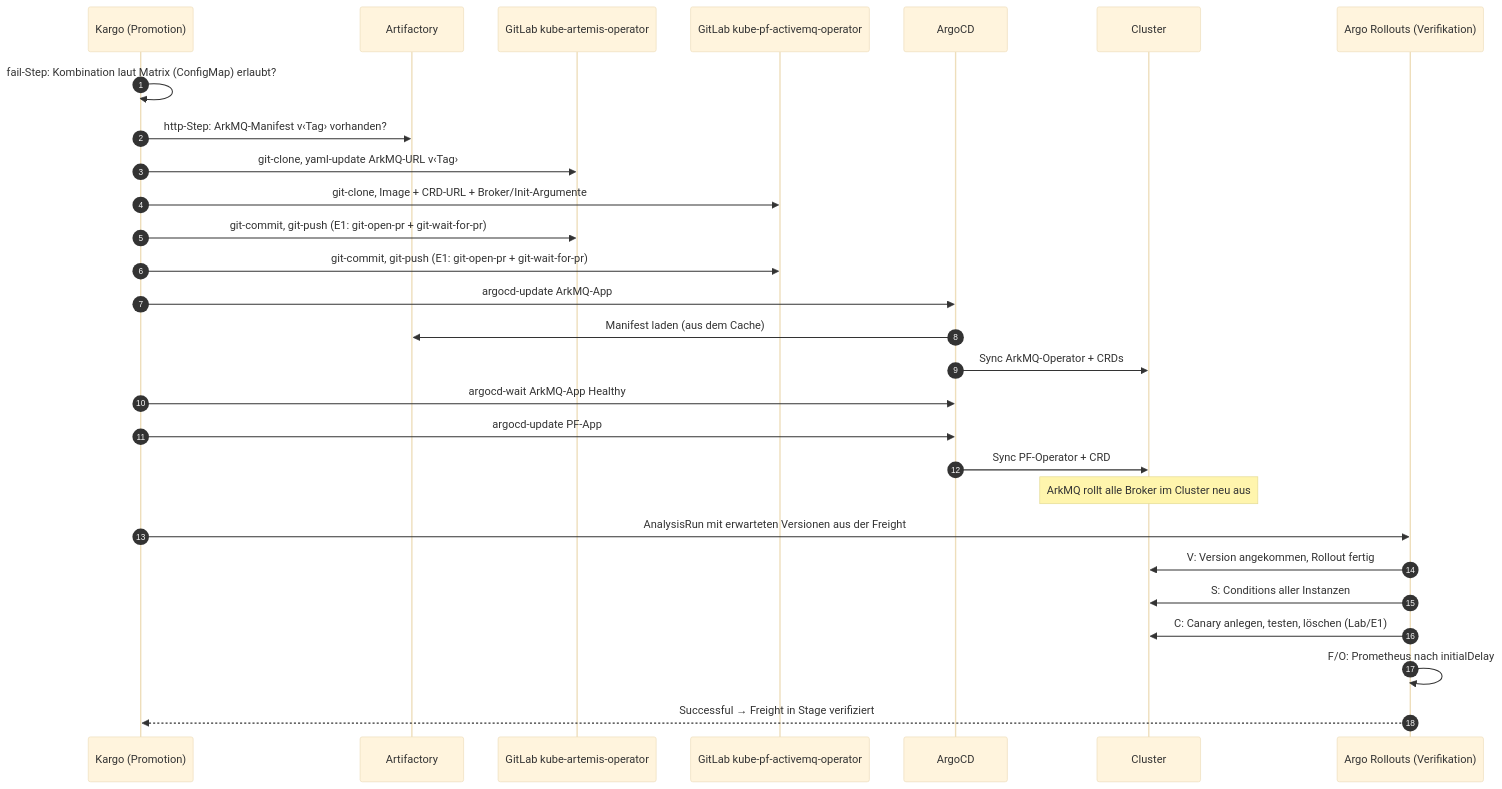
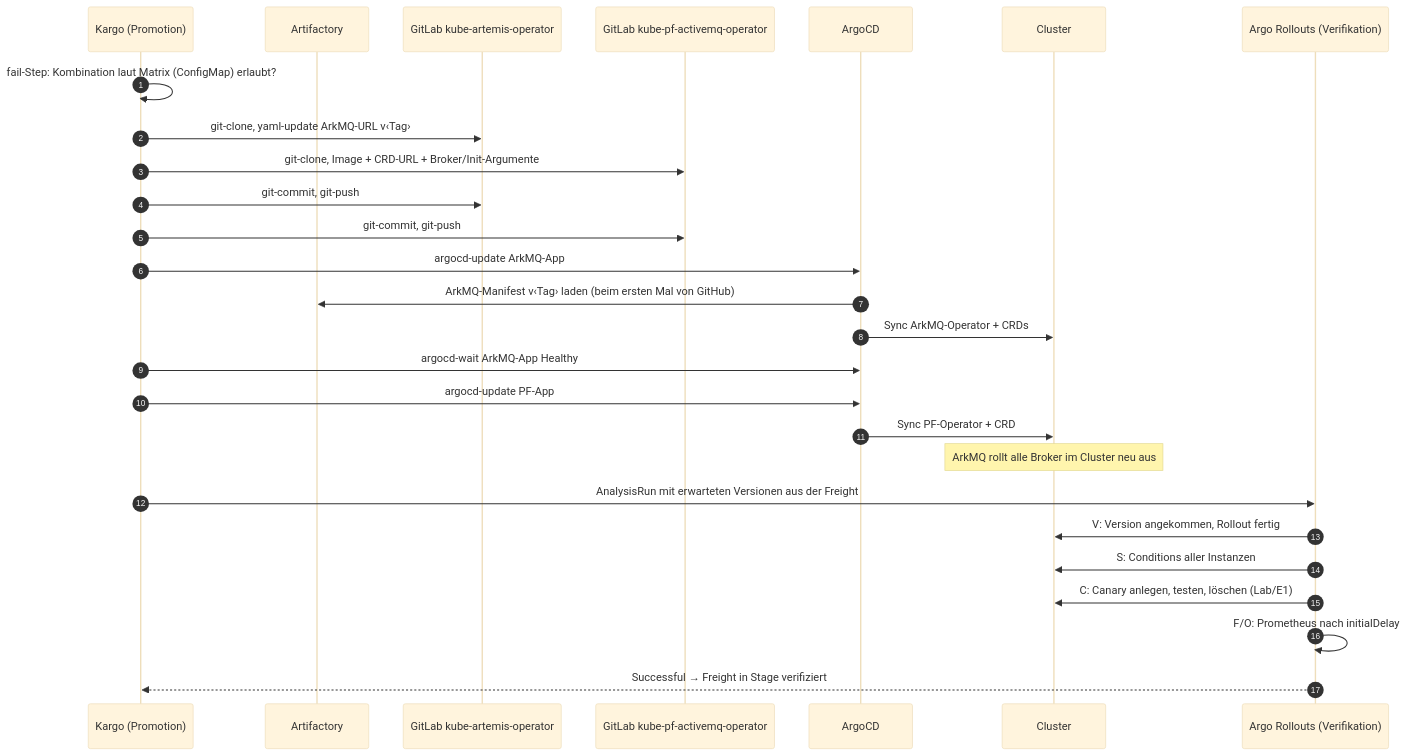
The fifth of 5 diagrams in VERSIONEN.md (eliboost/mqp-ipa), drawn with Mermaid (base theme) before and after one commit. The commit also changed other lines of this file and 3 other files, not shown here.

````diff
--- a/VERSIONEN.md
+++ b/VERSIONEN.md
@@ -298,31 +410,30 @@
 ```mermaid
 sequenceDiagram
   autonumber
   participant K as Kargo (Promotion)
   participant AF as Artifactory
   participant G1 as GitLab kube-artemis-operator
   participant G2 as GitLab kube-pf-activemq-operator
   participant A as ArgoCD
   participant C as Cluster
   participant R as Argo Rollouts (Verifikation)
 
   K->>K: fail-Step: Kombination laut Matrix (ConfigMap) erlaubt?
-  K->>AF: http-Step: ArkMQ-Manifest v‹Tag› vorhanden?
   K->>G1: git-clone, yaml-update ArkMQ-URL v‹Tag›
   K->>G2: git-clone, Image + CRD-URL + Broker/Init-Argumente
-  K->>G1: git-commit, git-push (E1: git-open-pr + git-wait-for-pr)
-  K->>G2: git-commit, git-push (E1: git-open-pr + git-wait-for-pr)
+  K->>G1: git-commit, git-push
+  K->>G2: git-commit, git-push
   K->>A: argocd-update ArkMQ-App
-  A->>AF: Manifest laden (aus dem Cache)
+  A->>AF: ArkMQ-Manifest v‹Tag› laden (beim ersten Mal von GitHub)
   A->>C: Sync ArkMQ-Operator + CRDs
   K->>A: argocd-wait ArkMQ-App Healthy
   K->>A: argocd-update PF-App
   A->>C: Sync PF-Operator + CRD
   Note over C: ArkMQ rollt alle Broker im Cluster neu aus
   K->>R: AnalysisRun mit erwarteten Versionen aus der Freight
   R->>C: V: Version angekommen, Rollout fertig
   R->>C: S: Conditions aller Instanzen
   R->>C: C: Canary anlegen, testen, löschen (Lab/E1)
   R->>R: F/O: Prometheus nach initialDelay
   R-->>K: Successful → Freight in Stage verifiziert
 ```
````
